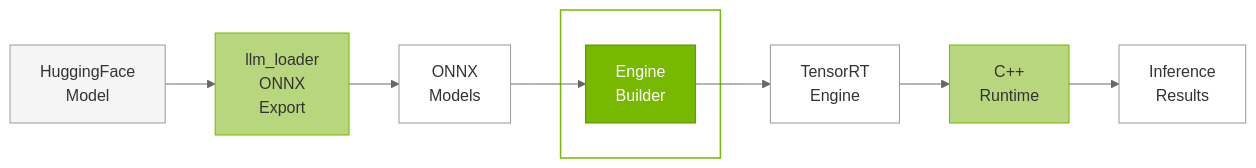
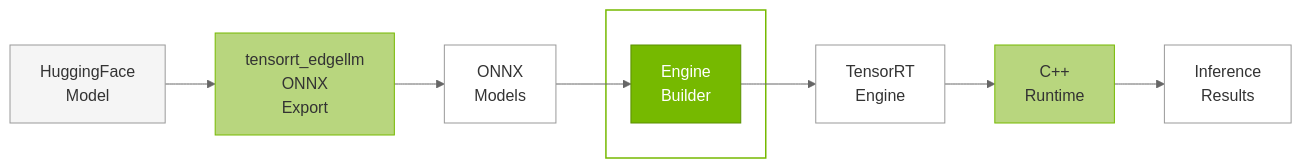
The first of 2 diagrams in docs/source/developer_guide/software-design/engine-builder.md (ConstBob/TensorRT-Edge-LLM), drawn with Mermaid before and after one commit. The commit also changed 304 other files, not shown here.

Commit message:
feat: Replace Python exporter with checkpoint loader

````diff
--- a/docs/source/developer_guide/software-design/engine-builder.md
+++ b/docs/source/developer_guide/software-design/engine-builder.md
@@ -12,35 +12,35 @@
 ```mermaid
 %%{init: {'theme':'neutral', 'themeVariables': {'primaryColor':'#76B900','primaryTextColor':'#fff','primaryBorderColor':'#5a8f00','lineColor':'#666','edgeLabelBackground':'#ffffff','labelTextColor':'#000','clusterBkg':'#ffffff','clusterBorder':'#999'}}}%%
 graph LR
     HF_MODEL[HuggingFace<br>Model]
-    PYTHON_EXPORT[llm_loader<br>ONNX<br>Export]
+    PYTHON_EXPORT[tensorrt_edgellm<br>ONNX<br>Export]
     ONNX_FILES[ONNX<br>Models]
     TRT_ENGINE[TensorRT<br>Engine]
     CPP_RUNTIME[C++<br>Runtime]
     OUTPUT[Inference<br>Results]
 
     subgraph BUILDER_SG [" "]
         ENGINE_BUILDER[Engine<br>Builder]
     end
 
     HF_MODEL --> PYTHON_EXPORT
     PYTHON_EXPORT --> ONNX_FILES
     ONNX_FILES --> ENGINE_BUILDER
     ENGINE_BUILDER --> TRT_ENGINE
     TRT_ENGINE --> CPP_RUNTIME
     CPP_RUNTIME --> OUTPUT
 
     classDef inputNode fill:#f5f5f5,stroke:#999,stroke-width:1px,color:#333
     classDef nvLightNode fill:#b8d67e,stroke:#76B900,stroke-width:1px,color:#333
     classDef nvNode fill:#76B900,stroke:#5a8f00,stroke-width:1px,color:#fff
     classDef itemNode fill:#ffffff,stroke:#999,stroke-width:1px,color:#333
     classDef darkNode fill:#ffffff,stroke:#999,stroke-width:1px,color:#333
     classDef greenSubGraph fill:none,stroke:#76B900,stroke-width:1.5px
 
     class HF_MODEL inputNode
     class PYTHON_EXPORT,CPP_RUNTIME nvLightNode
     class ENGINE_BUILDER nvNode
     class ONNX_FILES,TRT_ENGINE itemNode
     class OUTPUT darkNode
     class BUILDER_SG greenSubGraph
 ```
````
